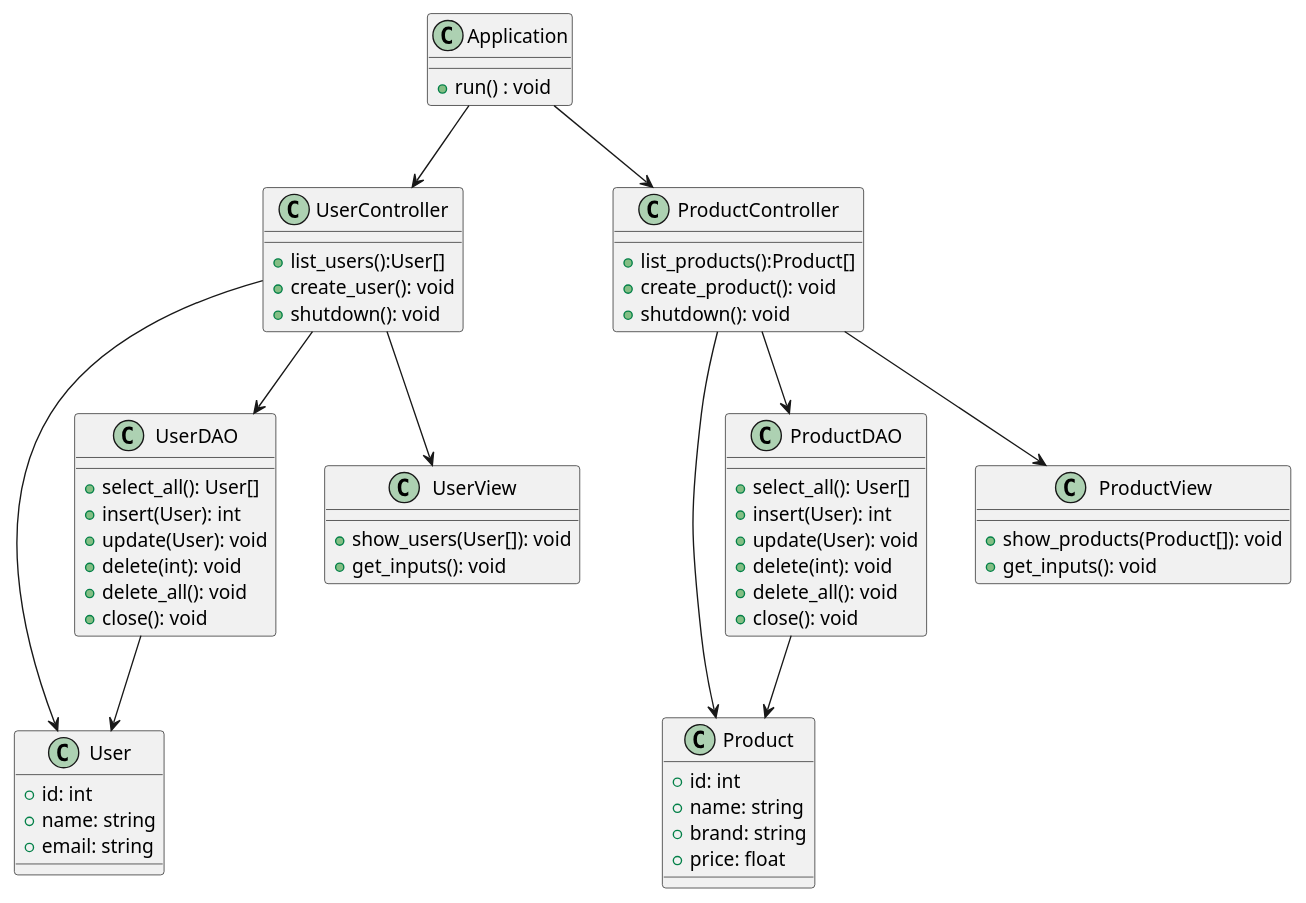
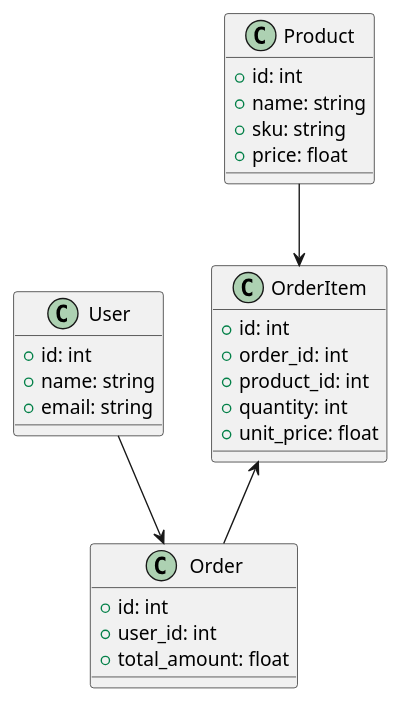
One commit to guteacher/log430-a25-labo2 changed the diagram in docs/uml/class.puml. Above: the diagram before and after it, drawn with PlantUML. The commit also changed 5 other files, not shown here.

```diff
--- a/docs/uml/class.puml
+++ b/docs/uml/class.puml
@@ -1,72 +1,34 @@
 @startuml
     class User {
         + id: int
         + name: string
         + email: string
     }
 
-    class UserDAO {
-        + select_all(): User[]
-        + insert(User): int
-        + update(User): void
-        + delete(int): void
-        + delete_all(): void
-        + close(): void
-    }
-
-    class UserController {
-        + list_users():User[]
-        + create_user(): void
-        + shutdown(): void
-    }
-
-    class UserView {
-        + show_users(User[]): void
-        + get_inputs(): void
-    }
-
     class Product {
         + id: int
         + name: string
-        + brand: string
+        + sku: string
         + price: float
     }
 
-    class ProductDAO {
-        + select_all(): User[]
-        + insert(User): int
-        + update(User): void
-        + delete(int): void
-        + delete_all(): void
-        + close(): void
+    class OrderItem {
+        + id: int
+        + order_id: int
+        + product_id: int
+        + quantity: int
+        + unit_price: float
     }
 
-    class ProductController {
-        + list_products():Product[]
-        + create_product(): void
-        + shutdown(): void
+    class Order {
+        + id: int
+        + user_id: int
+        + total_amount: float
     }
 
-    class ProductView {
-        + show_products(Product[]): void
-        + get_inputs(): void
-    }
+    OrderItem <-- Order
+    User --> Order
+    Product --> OrderItem
 
-    class Application {
-        + run() : void
-    }
-
-    UserDAO --> User
-    UserController --> UserDAO
-    UserController --> UserView
-    UserController --> User
-
-    ProductDAO --> Product
-    ProductController --> ProductDAO
-    ProductController --> ProductView
-    ProductController --> Product
-
-    Application --> ProductController
-    Application --> UserController
     
 @enduml
```
